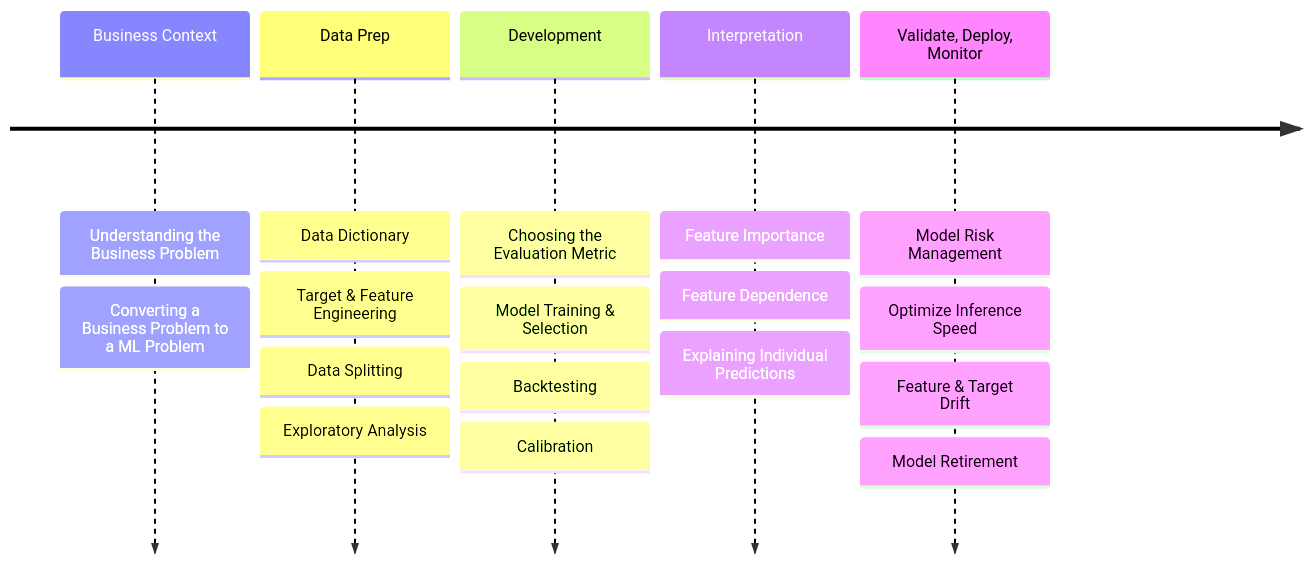
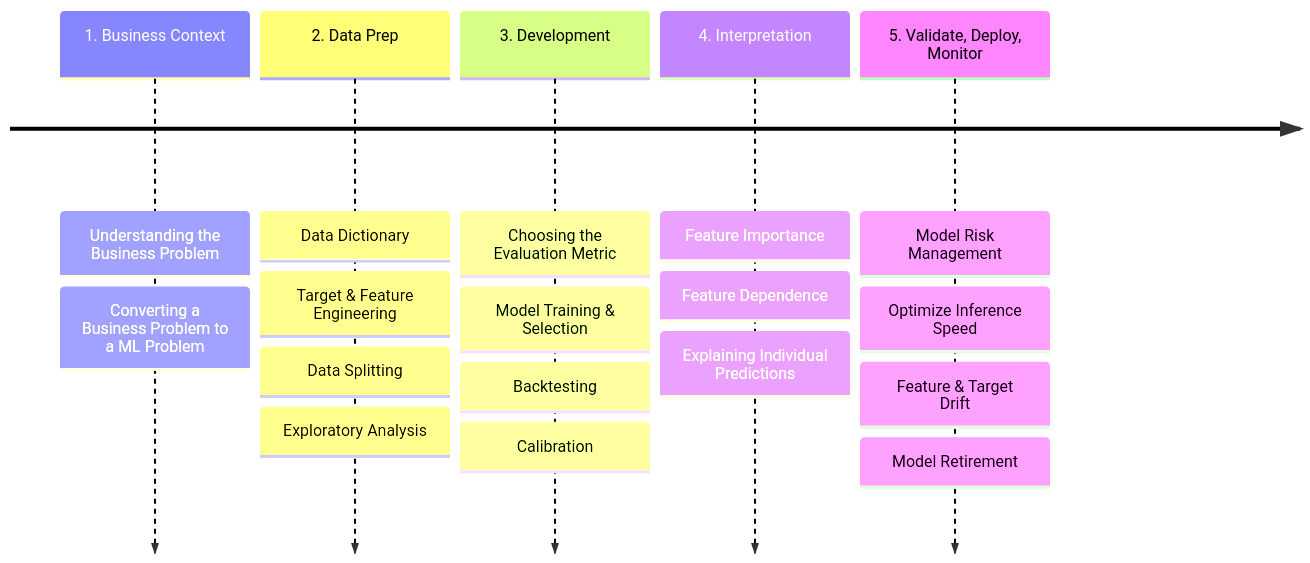
Before and after one commit to crossxwill/IML4Finance: the diagram in Lectures/Lecture 01.qmd, drawn with Mermaid. The commit also changed other lines of this file and 2 other files, not shown here.

````diff
--- a/Lectures/Lecture 01.qmd
+++ b/Lectures/Lecture 01.qmd
@@ -33,20 +33,20 @@
 ```{mermaid}
 timeline
-    Business Context    : Understanding the Business Problem
+    1. Business Context : Understanding the Business Problem
                         : Converting a Business Problem to a ML Problem
-    Data Prep   : Data Dictionary
-                : Target & Feature Engineering
-                : Data Splitting
-                : Exploratory Analysis
-    Development     : Choosing the Evaluation Metric
+    2. Data Prep    : Data Dictionary
+                    : Target & Feature Engineering
+                    : Data Splitting
+                    : Exploratory Analysis
+    3. Development  : Choosing the Evaluation Metric
                     : Model Training & Selection
                     : Backtesting
                     : Calibration
-    Interpretation  : Feature Importance
-                    : Feature Dependence
-                    : Explaining Individual Predictions
-    Validate, Deploy, Monitor   : Model Risk Management
-                                : Optimize Inference Speed
-                                : Feature & Target Drift
-                                : Model Retirement
+    4. Interpretation   : Feature Importance
+                        : Feature Dependence
+                        : Explaining Individual Predictions
+    5. Validate, Deploy, Monitor    : Model Risk Management
+                                    : Optimize Inference Speed
+                                    : Feature & Target Drift
+                                    : Model Retirement
 ```
````
